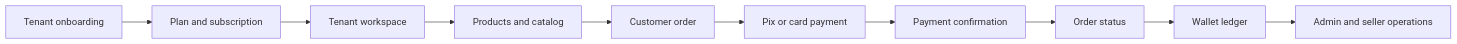
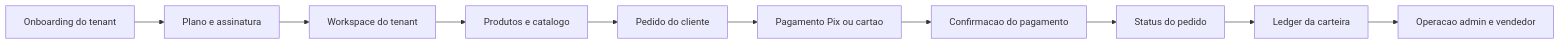
The first of 2 diagrams in README.md (filpe19/acai-finance-case-study), drawn with Mermaid before and after one commit. The commit also changed other lines of this file, not shown here.

````diff
--- a/README.md
+++ b/README.md
@@ -27,12 +27,12 @@
 ```mermaid
 flowchart LR
-    A[Tenant onboarding] --> B[Plan and subscription]
-    B --> C[Tenant workspace]
-    C --> D[Products and catalog]
-    D --> E[Customer order]
-    E --> F[Pix or card payment]
-    F --> G[Payment confirmation]
-    G --> H[Order status]
-    H --> I[Wallet ledger]
-    I --> J[Admin and seller operations]
+    A[Onboarding do tenant] --> B[Plano e assinatura]
+    B --> C[Workspace do tenant]
+    C --> D[Produtos e catalogo]
+    D --> E[Pedido do cliente]
+    E --> F[Pagamento Pix ou cartao]
+    F --> G[Confirmacao do pagamento]
+    G --> H[Status do pedido]
+    H --> I[Ledger da carteira]
+    I --> J[Operacao admin e vendedor]
 ```
````
